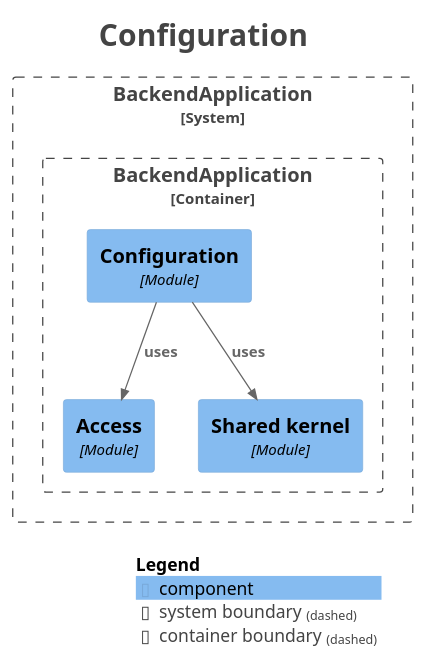
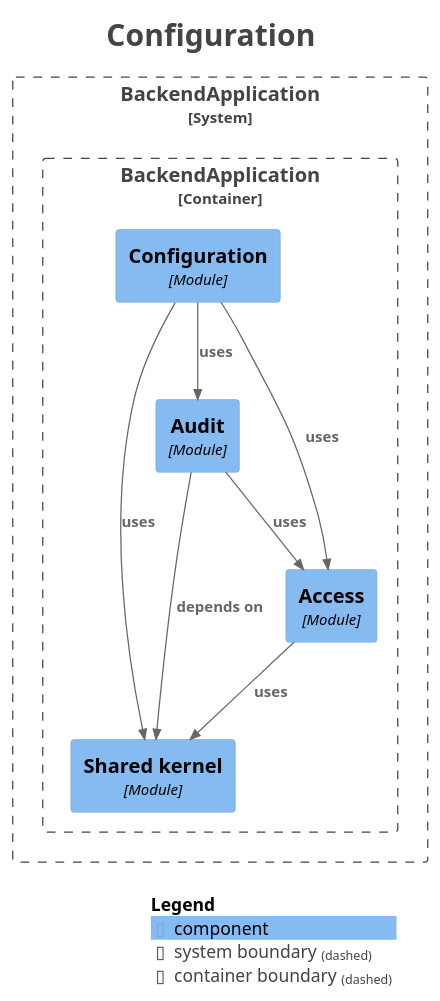
Before and after one commit to fxavier/restaurantePRO: the diagram in docs/architecture/modules/module-config.puml, drawn with PlantUML. The commit also changed 28 other files, not shown here.

First line of the commit message:
docs(architecture): regenerate the Modulith module docs for R3

```diff
--- a/docs/architecture/modules/module-config.puml
+++ b/docs/architecture/modules/module-config.puml
@@ -1,32 +1,37 @@
 @startuml
 title <size:24>Configuration</size>
 
 set separator none
 top to bottom direction
 
 <style>
   root {
     BackgroundColor: #ffffff
     FontColor: #444444
   }
 </style>
 
 !include <C4/C4>
 !include <C4/C4_Context>
 !include <C4/C4_Component>
 
 System_Boundary("BackendApplication_boundary", "BackendApplication", $tags="") {
   Container_Boundary("BackendApplication.BackendApplication_boundary", "BackendApplication", $tags="") {
+    Component(BackendApplication.BackendApplication.Sharedkernel, "Shared kernel", $techn="Module", $descr="", $tags="", $link="")
     Component(BackendApplication.BackendApplication.Access, "Access", $techn="Module", $descr="", $tags="", $link="")
-    Component(BackendApplication.BackendApplication.Sharedkernel, "Shared kernel", $techn="Module", $descr="", $tags="", $link="")
+    Component(BackendApplication.BackendApplication.Audit, "Audit", $techn="Module", $descr="", $tags="", $link="")
     Component(BackendApplication.BackendApplication.Configuration, "Configuration", $techn="Module", $descr="", $tags="", $link="")
   }
 
 }
 
+Rel(BackendApplication.BackendApplication.Audit, BackendApplication.BackendApplication.Sharedkernel, "depends on", $techn="", $tags="", $link="")
+Rel(BackendApplication.BackendApplication.Audit, BackendApplication.BackendApplication.Access, "uses", $techn="", $tags="", $link="")
+Rel(BackendApplication.BackendApplication.Access, BackendApplication.BackendApplication.Sharedkernel, "uses", $techn="", $tags="", $link="")
 Rel(BackendApplication.BackendApplication.Configuration, BackendApplication.BackendApplication.Access, "uses", $techn="", $tags="", $link="")
 Rel(BackendApplication.BackendApplication.Configuration, BackendApplication.BackendApplication.Sharedkernel, "uses", $techn="", $tags="", $link="")
+Rel(BackendApplication.BackendApplication.Configuration, BackendApplication.BackendApplication.Audit, "uses", $techn="", $tags="", $link="")
 
 SHOW_LEGEND(true)
 hide stereotypes
 @enduml
```
